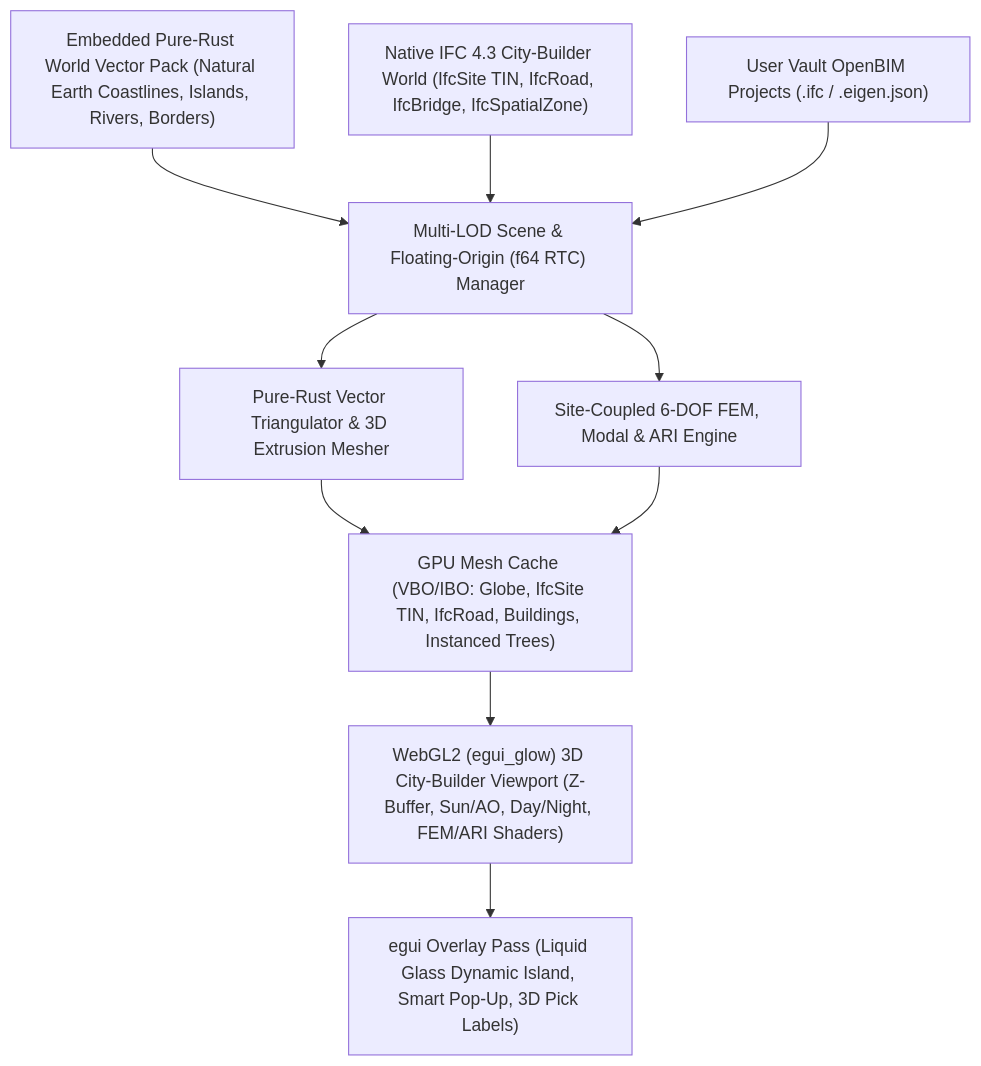
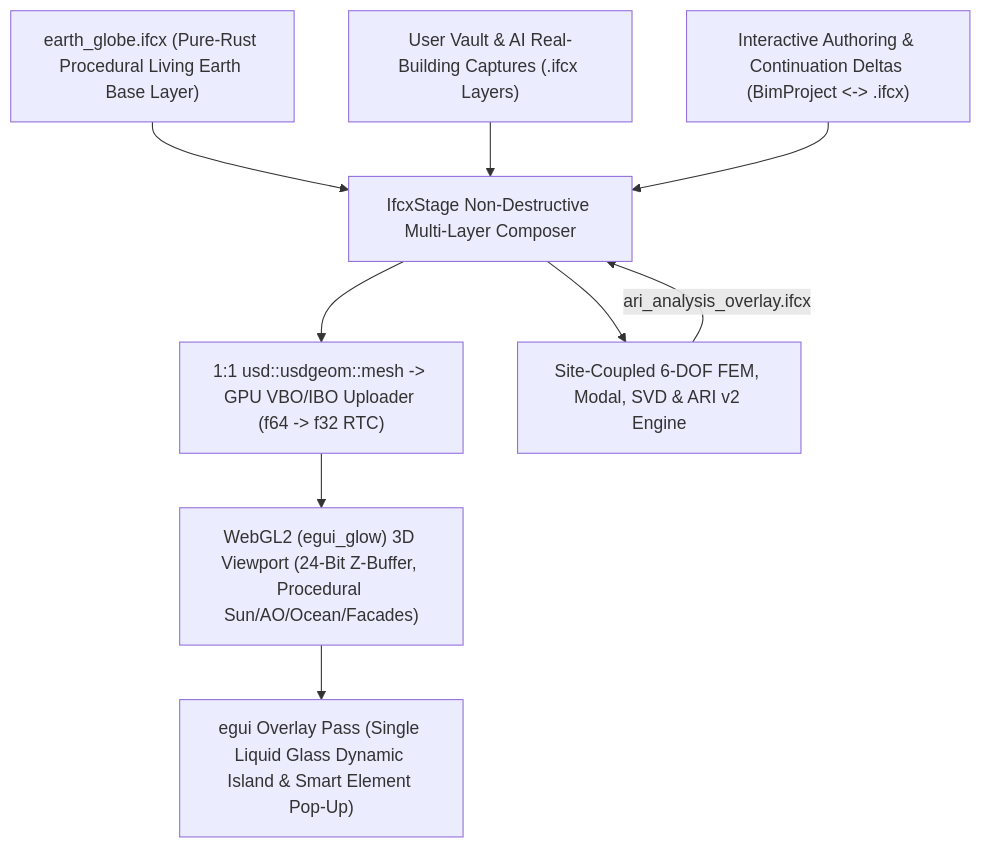
Before and after one commit to haridsirawan/EigenGraph: the diagram in docs/Earth Vector.md, drawn with Mermaid. The commit also changed other lines of this file and 35 other files, not shown here.

Commit message:
feat(ifcx): implement 100% pure-Rust IFCX (IFC 5) Living Earth engine and retire legacy STEP IFC (v0.6.6 / Phase 66)

````diff
--- a/docs/Earth Vector.md
+++ b/docs/Earth Vector.md
@@ -80,15 +91,13 @@
 ```mermaid
 flowchart TD
-    A["Embedded Pure-Rust World Vector Pack (Natural Earth Coastlines, Islands, Rivers, Borders)"] --> D["Multi-LOD Scene & Floating-Origin (f64 RTC) Manager"]
-    B["Native IFC 4.3 City-Builder World (IfcSite TIN, IfcRoad, IfcBridge, IfcSpatialZone)"] --> D
-    C["User Vault OpenBIM Projects (.ifc / .eigen.json)"] --> D
+    A["earth_globe.ifcx (Pure-Rust Procedural Living Earth Base Layer)"] --> D["IfcxStage Non-Destructive Multi-Layer Composer"]
+    B["User Vault & AI Real-Building Captures (.ifcx Layers)"] --> D
+    C["Interactive Authoring & Continuation Deltas (BimProject <-> .ifcx)"] --> D
 
-    D --> E["Pure-Rust Vector Triangulator & 3D Extrusion Mesher"]
-    D --> F["Site-Coupled 6-DOF FEM, Modal & ARI Engine"]
+    D --> E["1:1 usd::usdgeom::mesh -> GPU VBO/IBO Uploader (f64 -> f32 RTC)"]
+    D --> F["Site-Coupled 6-DOF FEM, Modal, SVD & ARI v2 Engine"]
+    F -->|"ari_analysis_overlay.ifcx"| D
 
-    E --> G["GPU Mesh Cache (VBO/IBO: Globe, IfcSite TIN, IfcRoad, Buildings, Instanced Trees)"]
-    F --> G
-
-    G --> H["WebGL2 (egui_glow) 3D City-Builder Viewport (Z-Buffer, Sun/AO, Day/Night, FEM/ARI Shaders)"]
-    H --> I["egui Overlay Pass (Liquid Glass Dynamic Island, Smart Pop-Up, 3D Pick Labels)"]
+    E --> G["WebGL2 (egui_glow) 3D Viewport (24-Bit Z-Buffer, Procedural Sun/AO/Ocean/Facades)"]
+    G --> H["egui Overlay Pass (Single Liquid Glass Dynamic Island & Smart Element Pop-Up)"]
 ```
````
